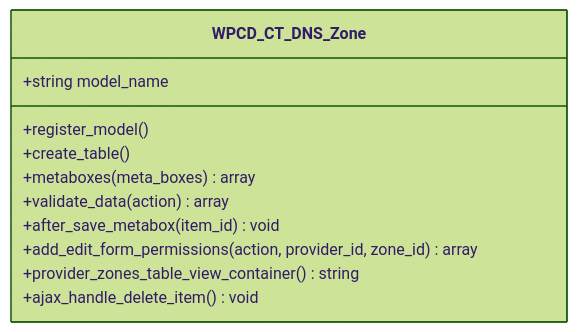
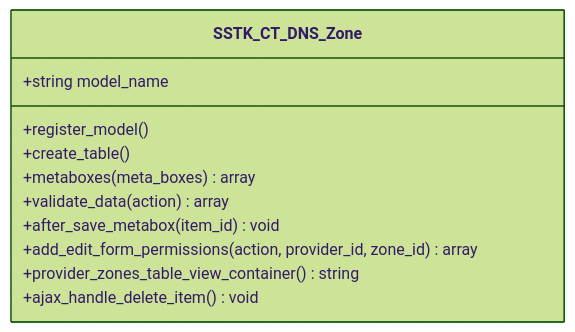
Before and after one commit to onedogsolutions/simple-stack: the fifth of 7 diagrams in .qoder/repowiki/en/content/Data Management/DNS Data Structures.md, drawn with Mermaid (forest theme). The commit also changed other lines of this file and 5941 other files, not shown here.

````diff
--- a/.qoder/repowiki/en/content/Data Management/DNS Data Structures.md
+++ b/.qoder/repowiki/en/content/Data Management/DNS Data Structures.md
@@ -247,14 +247,14 @@
 ```mermaid
 classDiagram
-class WPCD_CT_DNS_Zone {
+class SSTK_CT_DNS_Zone {
 +string model_name
 +register_model()
 +create_table()
 +metaboxes(meta_boxes) array
 +validate_data(action) array
 +after_save_metabox(item_id) void
 +add_edit_form_permissions(action, provider_id, zone_id) array
 +provider_zones_table_view_container() string
 +ajax_handle_delete_item() void
 }
 ```
````
